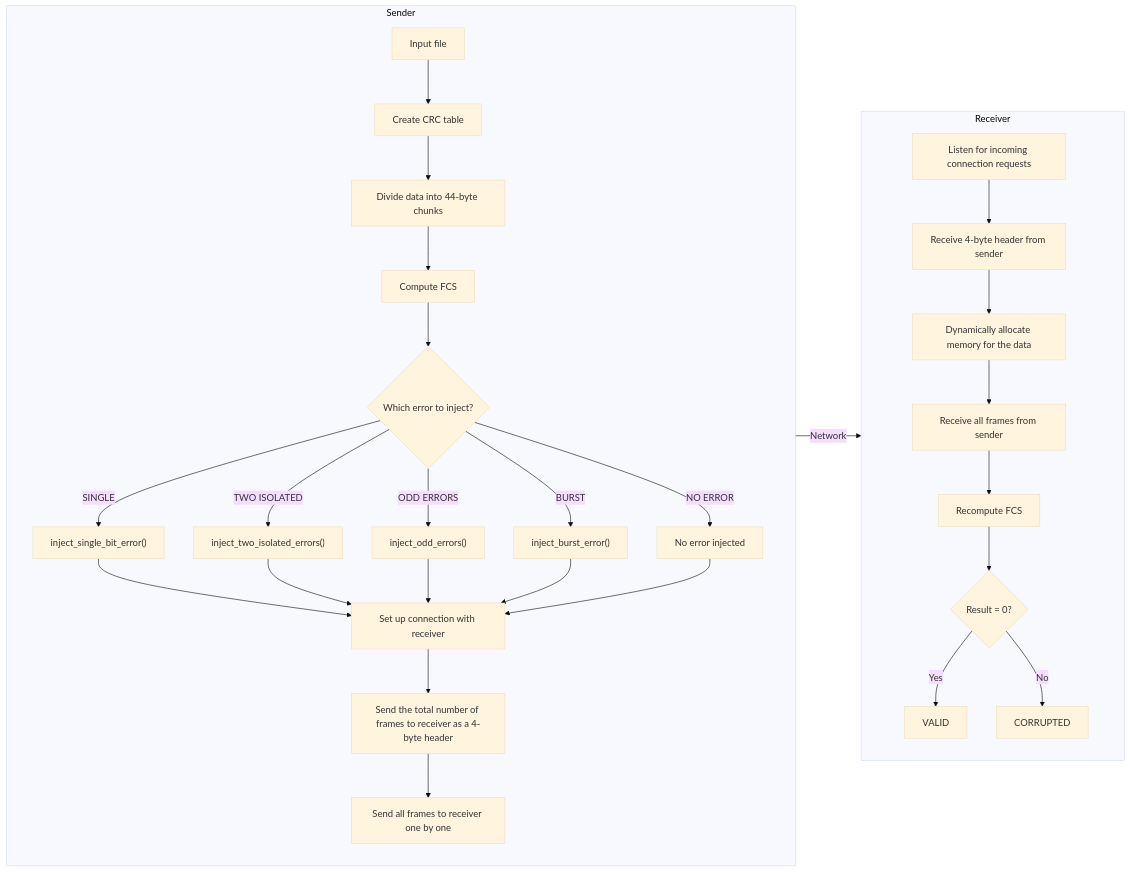
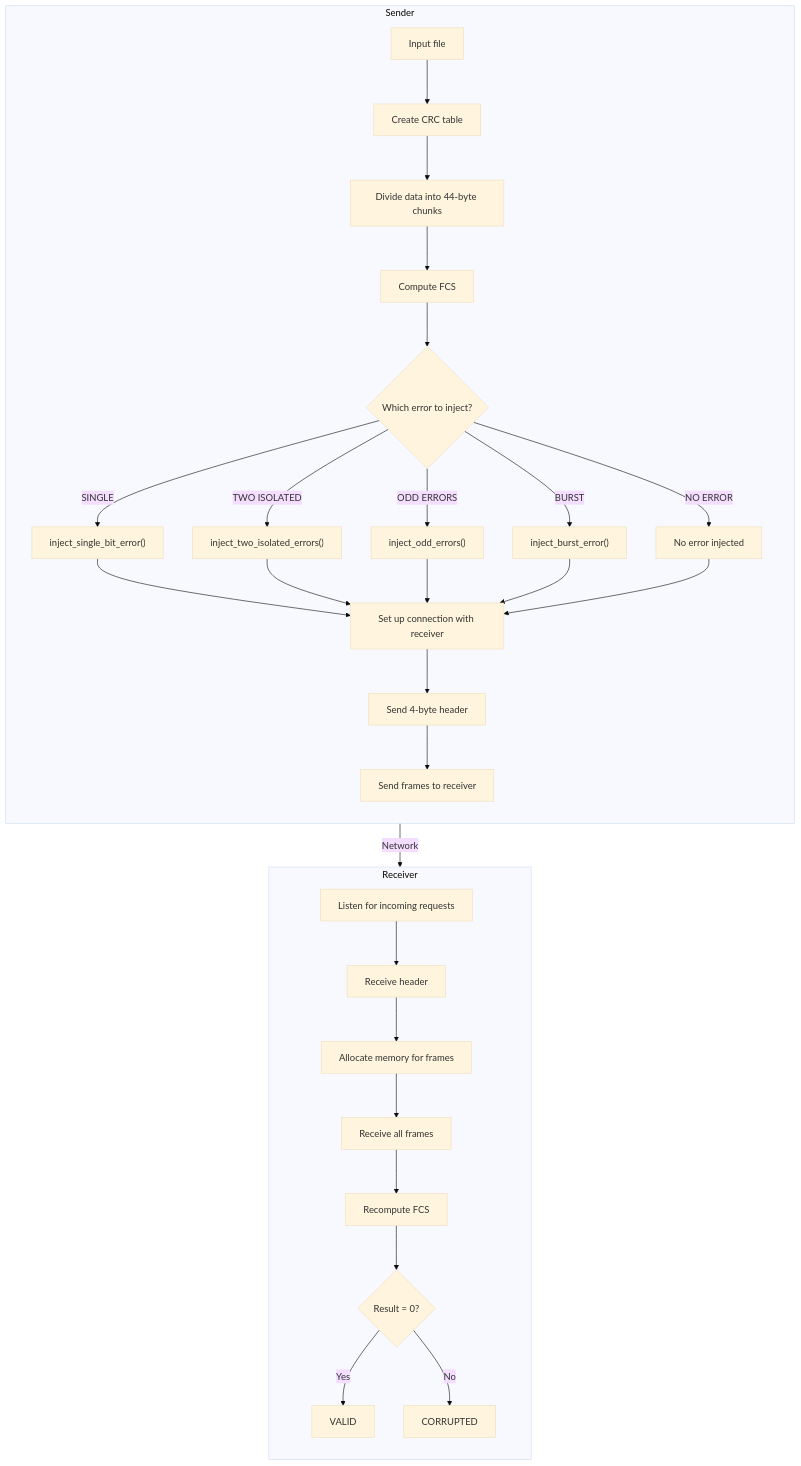
The diagram in assignment-1/project_report.md (Ahnik/network_lab), drawn with Mermaid (base theme) before and after one commit. The commit also changed other lines of this file and 1 other file, not shown here.

````diff
--- a/assignment-1/project_report.md
+++ b/assignment-1/project_report.md
@@ -60,35 +60,35 @@
 ```mermaid
-flowchart LR
+flowchart TD
     subgraph Sender [Sender]
         direction TB
         A["Input file"] --> B["Create CRC table"]
         B --> C["Divide data into 44-byte chunks"]
         C --> D["Compute FCS"]
         D --> E{"Which error to inject?"}
         E -- "SINGLE" --> F["inject_single_bit_error()"]
         E -- "TWO ISOLATED" --> G["inject_two_isolated_errors()"]
         E -- "ODD ERRORS" --> H["inject_odd_errors()"]
         E -- "BURST" --> I["inject_burst_error()"]
         E -- "NO ERROR" --> J["No error injected"]
         F --> K["Set up connection with receiver"]
         G --> K
         H --> K
         I --> K
         J --> K
-        K --> L["Send the total number of frames to receiver as a 4-byte header"]
-        L --> M["Send all frames to receiver one by one"]
+        K --> L["Send 4-byte header"]
+        L --> M["Send frames to receiver"]
     end
+
+    M -- "Network" --> N
 
     subgraph Receiver [Receiver]
         direction TB
-        N["Listen for incoming connection requests"] --> O["Receive 4-byte header from sender"]
-        O --> P["Dynamically allocate memory for the data"]
-        P --> Q["Receive all frames from sender"]
+        N["Listen for incoming requests"] --> O["Receive header"]
+        O --> P["Allocate memory for frames"]
+        P --> Q["Receive all frames"]
         Q --> R["Recompute FCS"]
         R --> S{"Result = 0?"}
         S -- "Yes" --> T["VALID"]
         S -- "No" --> U["CORRUPTED"]
     end
-
-    M -- "Network" --> N
 ```
````
